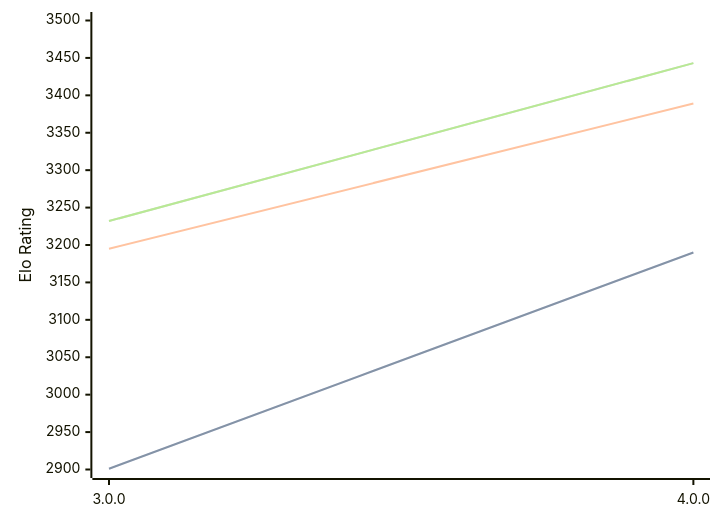
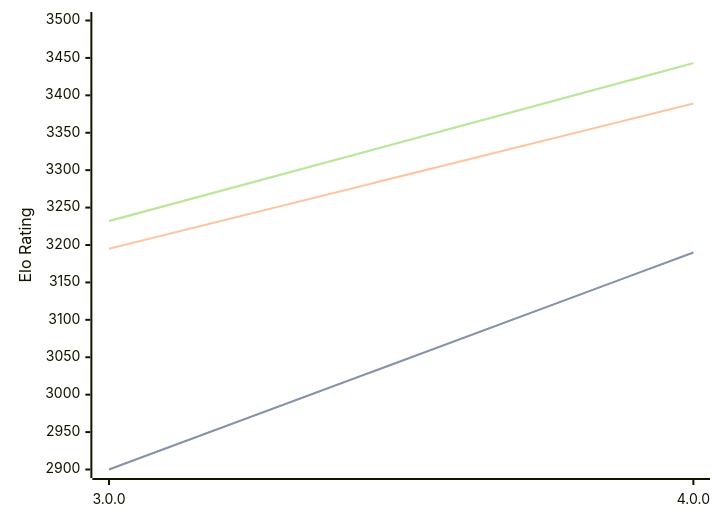
One commit to computer-chess-index/cci changed the diagram in engines/Avalanche.md. Above: the diagram before and after it, drawn with Mermaid. The commit also changed other lines of this file, not shown here.

````diff
--- a/engines/Avalanche.md
+++ b/engines/Avalanche.md
@@ -32,11 +32,11 @@
 ```mermaid
 %%{init: {"theme":"base","themeVariables":{"seriesColors:['#a3a3a3','#222221','#faa371']}}}%%
 xychart-beta
   x-axis ["3.0.0", "4.0.0"]
   y-axis "Elo Rating" 2900 --> 3500
-  line "" [2901, 3190]
-  line "STC (8.0+0.08s)" [2901, 3190]
+  line "" [2900, 3190]
+  line "STC (8.0+0.08s)" [2900, 3190]
   line "LTC (60.0+0.60s)" [3195, 3389]
   line "" [3232, 3443]
   line "VLTC (2m24s+1.12s)" [3232, 3443]
 ```
````
